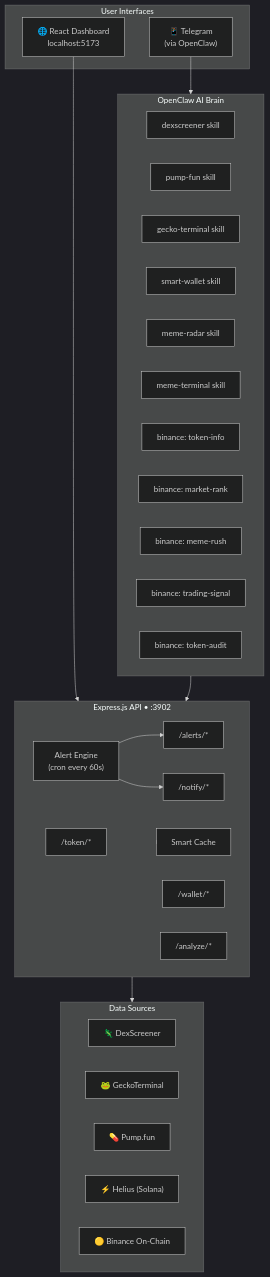
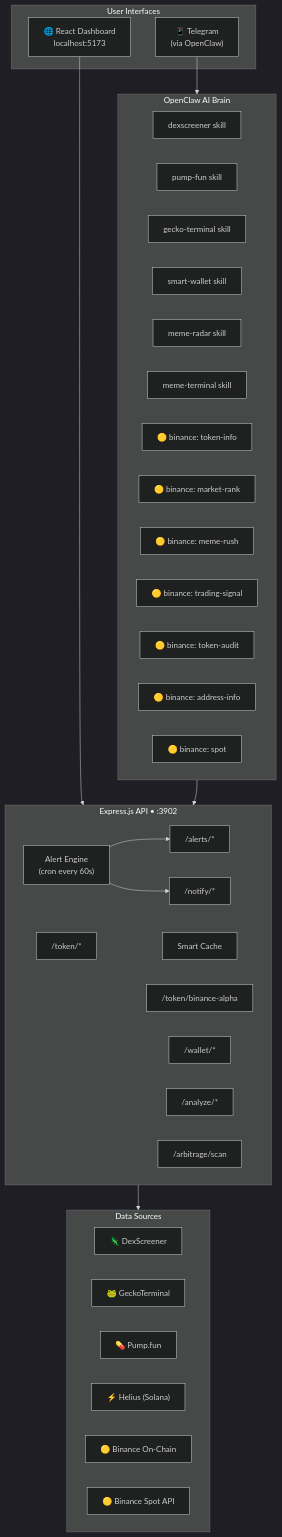
The diagram in README.md (Penguin-Life/meme-terminal), drawn with Mermaid (dark theme) before and after one commit. The commit also changed other lines of this file and 10 other files, not shown here.

First line of the commit message:
feat: strengthen Binance ecosystem integration — Alpha tokens, arbitrage scanner, Binance-first README

````diff
--- a/README.md
+++ b/README.md
@@ -83,49 +157,54 @@
 ```mermaid
 graph TB
     subgraph UI["User Interfaces"]
         TG["📱 Telegram<br/>(via OpenClaw)"]
         WEB["🌐 React Dashboard<br/>localhost:5173"]
     end
 
     subgraph BRAIN["OpenClaw AI Brain"]
         direction LR
         SK1["dexscreener skill"]
         SK2["pump-fun skill"]
         SK3["gecko-terminal skill"]
         SK4["smart-wallet skill"]
         SK5["meme-radar skill"]
         SK6["meme-terminal skill"]
-        BK1["binance: token-info"]
-        BK2["binance: market-rank"]
-        BK3["binance: meme-rush"]
-        BK4["binance: trading-signal"]
-        BK5["binance: token-audit"]
+        BK1["🟡 binance: token-info"]
+        BK2["🟡 binance: market-rank"]
+        BK3["🟡 binance: meme-rush"]
+        BK4["🟡 binance: trading-signal"]
+        BK5["🟡 binance: token-audit"]
+        BK6["🟡 binance: address-info"]
+        BK7["🟡 binance: spot"]
     end
 
     subgraph BACKEND["Express.js API  •  :3902"]
         direction LR
         RT1["/token/*"]
-        RT2["/wallet/*"]
-        RT3["/alerts/*"]
-        RT4["/analyze/*"]
-        RT5["/notify/*"]
+        RT2["/token/binance-alpha"]
+        RT3["/wallet/*"]
+        RT4["/alerts/*"]
+        RT5["/analyze/*"]
+        RT6["/notify/*"]
+        RT7["/arbitrage/scan"]
         CACHE["Smart Cache"]
         AE["Alert Engine<br/>(cron every 60s)"]
     end
 
     subgraph DATA["Data Sources"]
         DS["🦎 DexScreener"]
         GK["🐸 GeckoTerminal"]
         PF["💊 Pump.fun"]
         HL["⚡ Helius (Solana)"]
         BN["🟡 Binance On-Chain"]
+        BS["🟡 Binance Spot API"]
     end
 
     TG --> BRAIN
     WEB --> BACKEND
     BRAIN --> BACKEND
     BACKEND --> CACHE
     CACHE --> DATA
-    AE --> RT3
-    AE --> RT5
+    AE --> RT4
+    AE --> RT6
 ```
````
